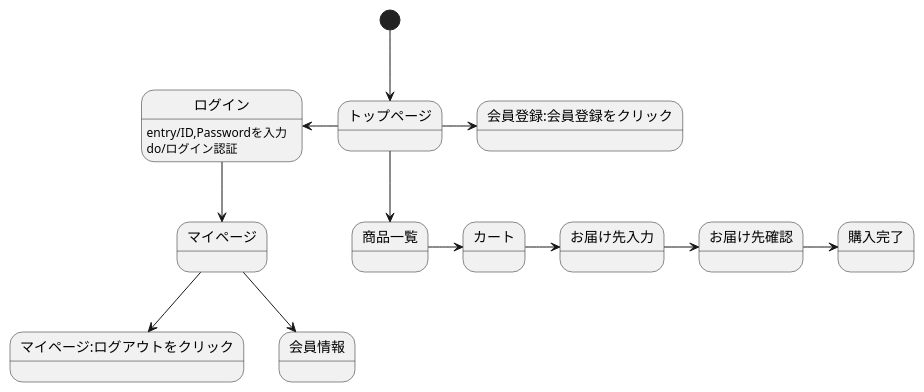
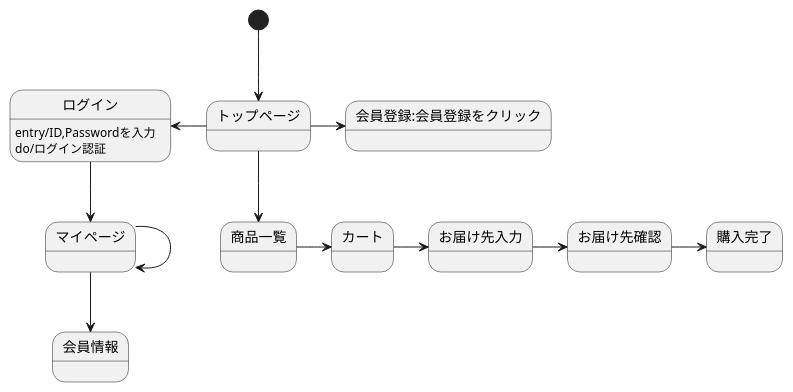
The diagram in stm01.md (Aso2001163/2021sys-design-2), drawn with PlantUML before and after one commit.

````diff
--- a/stm01.md
+++ b/stm01.md
@@ -1,17 +1,17 @@
 ```uml
 @startuml
 [*] --> トップページ
 トップページ -> 会員登録:会員登録をクリック
 トップページ -left-> ログイン
 ログイン -down-> マイページ
 ログイン:entry/ID,Passwordを入力
 ログイン:do/ログイン認証
-マイページ --> マイページ:ログアウトをクリック
+マイページ --> マイページ
 マイページ -down-> 会員情報
 トップページ --> 商品一覧
 商品一覧 -> カート
 カート -> お届け先入力
 お届け先入力 -> お届け先確認
 お届け先確認 -> 購入完了
 @enduml
 ```
````
